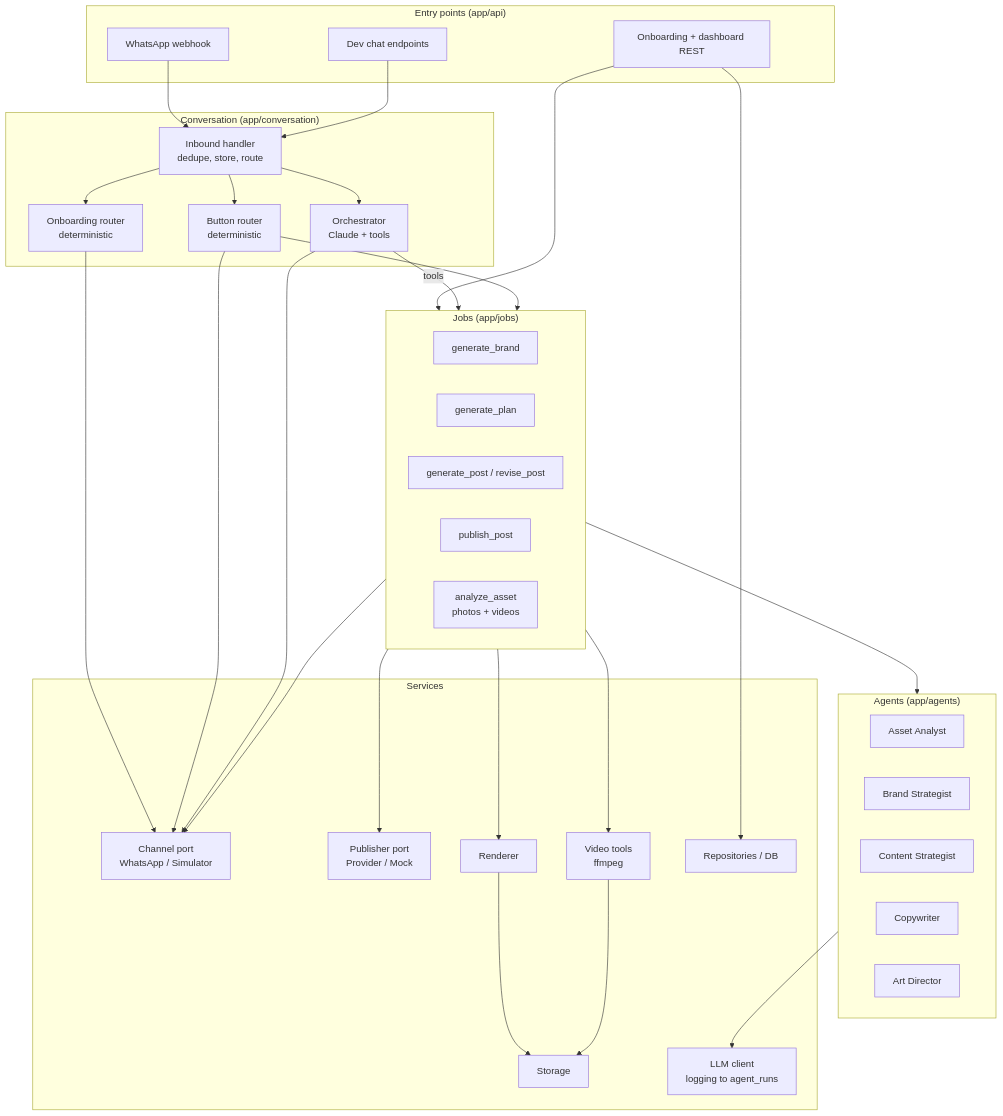
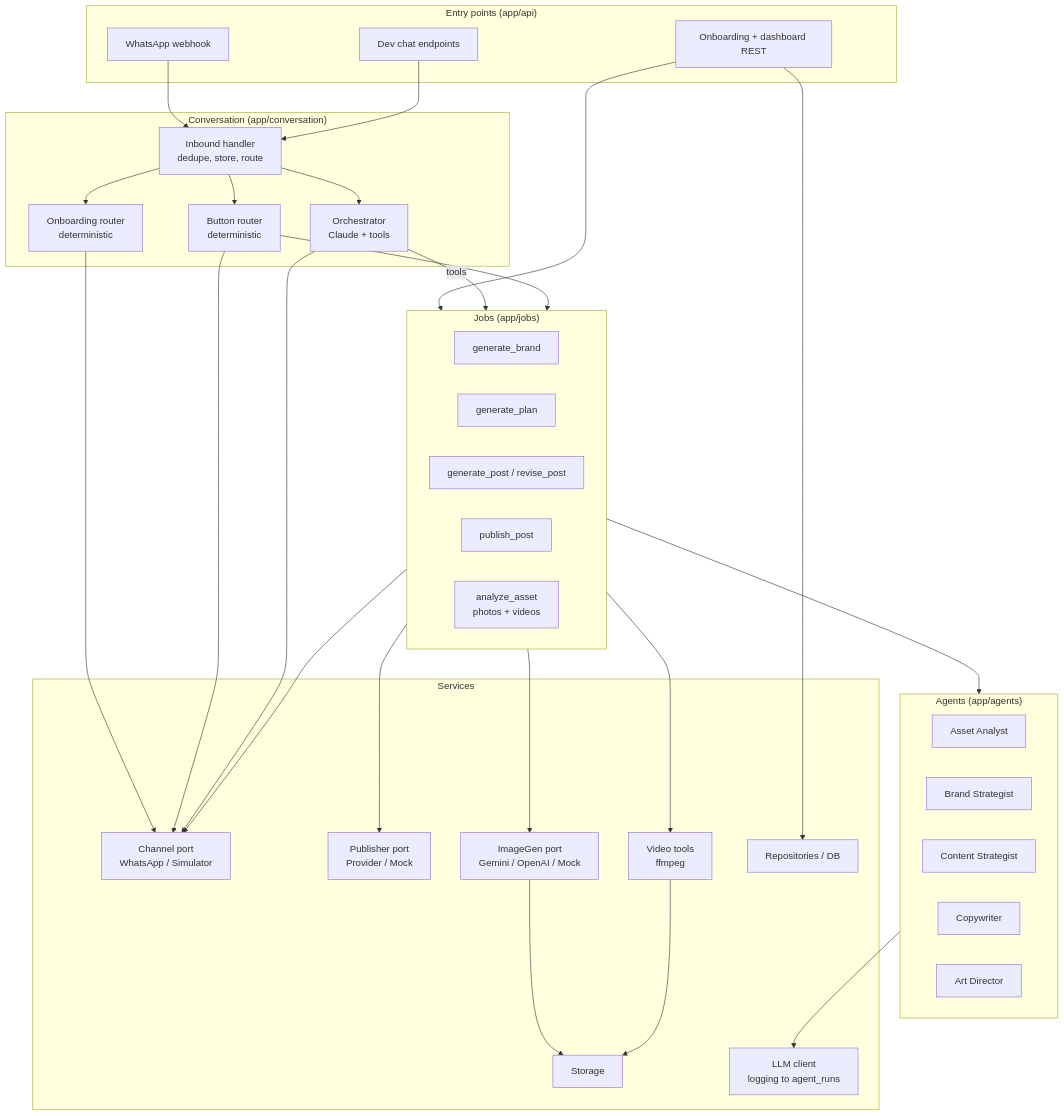
The second of 4 diagrams in docs/architecture/overview.md (Dimple6114/build101), drawn with Mermaid before and after one commit. The commit also changed other lines of this file and 66 other files, not shown here.

````diff
--- a/docs/architecture/overview.md
+++ b/docs/architecture/overview.md
@@ -39,57 +40,57 @@
 ```mermaid
 flowchart TB
     subgraph Entry["Entry points (app/api)"]
         WH[WhatsApp webhook]
         REST[Onboarding + dashboard REST]
         DEV[Dev chat endpoints]
     end
     subgraph Conv["Conversation (app/conversation)"]
         IN[Inbound handler<br/>dedupe, store, route]
         ONB[Onboarding router<br/>deterministic]
         BTN[Button router<br/>deterministic]
         ORC[Orchestrator<br/>Claude + tools]
     end
     subgraph Work["Jobs (app/jobs)"]
         J1[generate_brand]
         J2[generate_plan]
         J3[generate_post / revise_post]
         J4[publish_post]
         J5[analyze_asset<br/>photos + videos]
     end
     subgraph Agents["Agents (app/agents)"]
         A1[Asset Analyst]
         A2[Brand Strategist]
         A3[Content Strategist]
         A4[Copywriter]
         A5[Art Director]
     end
     subgraph Services["Services"]
         CH[Channel port<br/>WhatsApp / Simulator]
         PUB[Publisher port<br/>Provider / Mock]
-        REN[Renderer]
+        IMG[ImageGen port<br/>Gemini / OpenAI / Mock]
         STO[Storage]
         VID[Video tools<br/>ffmpeg]
         LLM[LLM client<br/>logging to agent_runs]
         REPO[Repositories / DB]
     end
     WH --> IN
     DEV --> IN
     REST --> REPO
     REST --> Work
     IN --> ONB
     IN --> BTN
     IN --> ORC
     ORC -- tools --> Work
     BTN --> Work
     Work --> Agents
     Work --> CH
     Work --> PUB
-    Work --> REN
+    Work --> IMG
     Agents --> LLM
     ONB --> CH
     BTN --> CH
     ORC --> CH
-    REN --> STO
+    IMG --> STO
     Work --> VID
     VID --> STO
 ```
````
